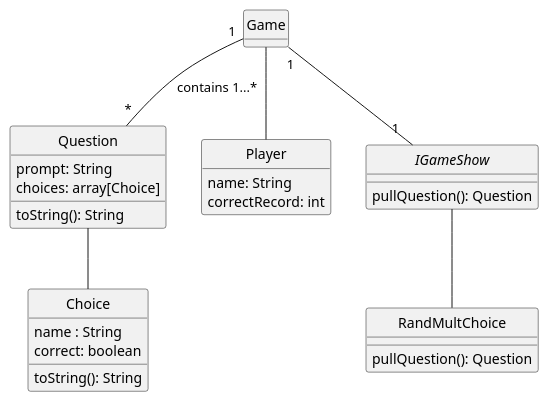
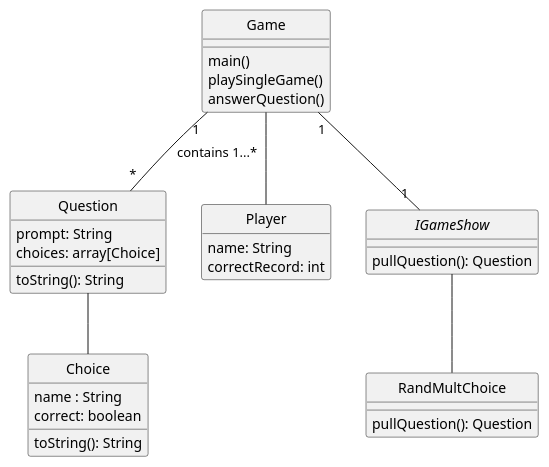
The diagram in doc/design.md (aczar09/Trivia-Game-Android), drawn with PlantUML before and after one commit.

Commit message:
Added small things

````diff
--- a/doc/design.md
+++ b/doc/design.md
@@ -11,33 +11,36 @@
 ```plantuml
 hide circle
 hide empty methods
 ' classes
 class Game{
+main()
+playSingleGame()
+answerQuestion()
 }
 class Question{
     prompt: String
     choices: array[Choice]
     toString(): String
     
 }
 class Choice{
     name : String
     correct: boolean
     toString(): String
 }
 class Player{
 name: String
 correctRecord: int
 }
 interface IGameShow{
     pullQuestion(): Question
 }
 Game "1" -- "*" Question : contains 1...*
 Question -- Choice
 Game -- Player
 Game "1"-- " 1 " IGameShow
 class RandMultChoice{
     pullQuestion(): Question
 }
 IGameShow -- RandMultChoice
 ```
````
